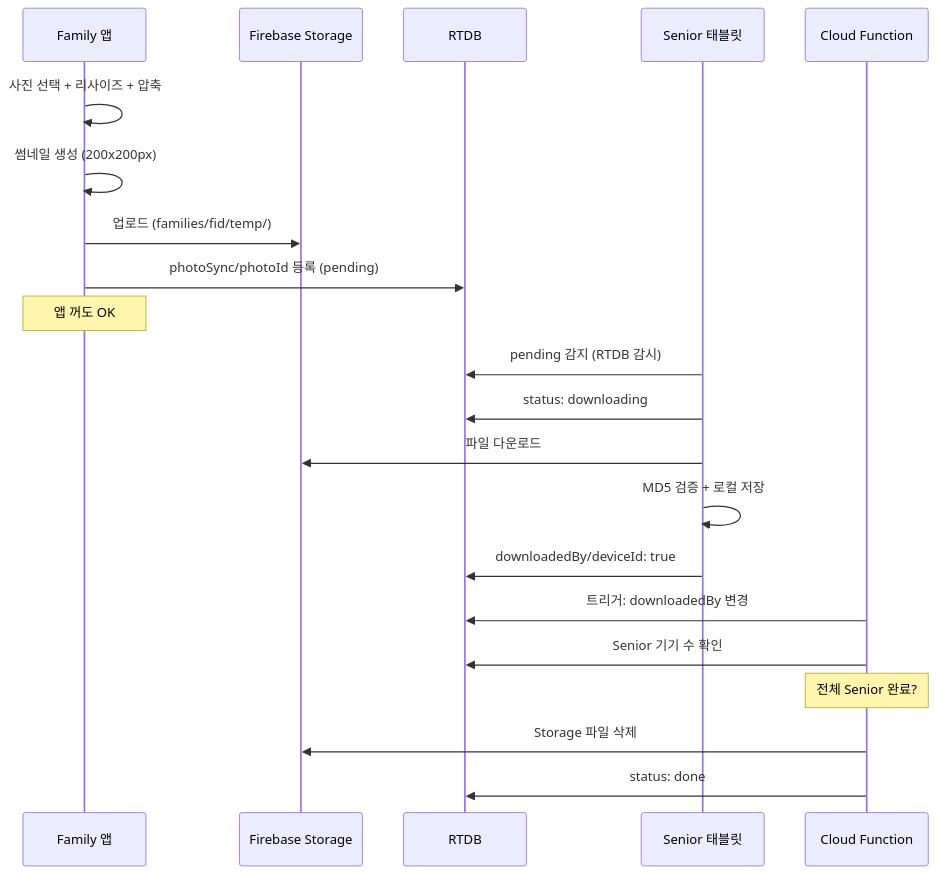
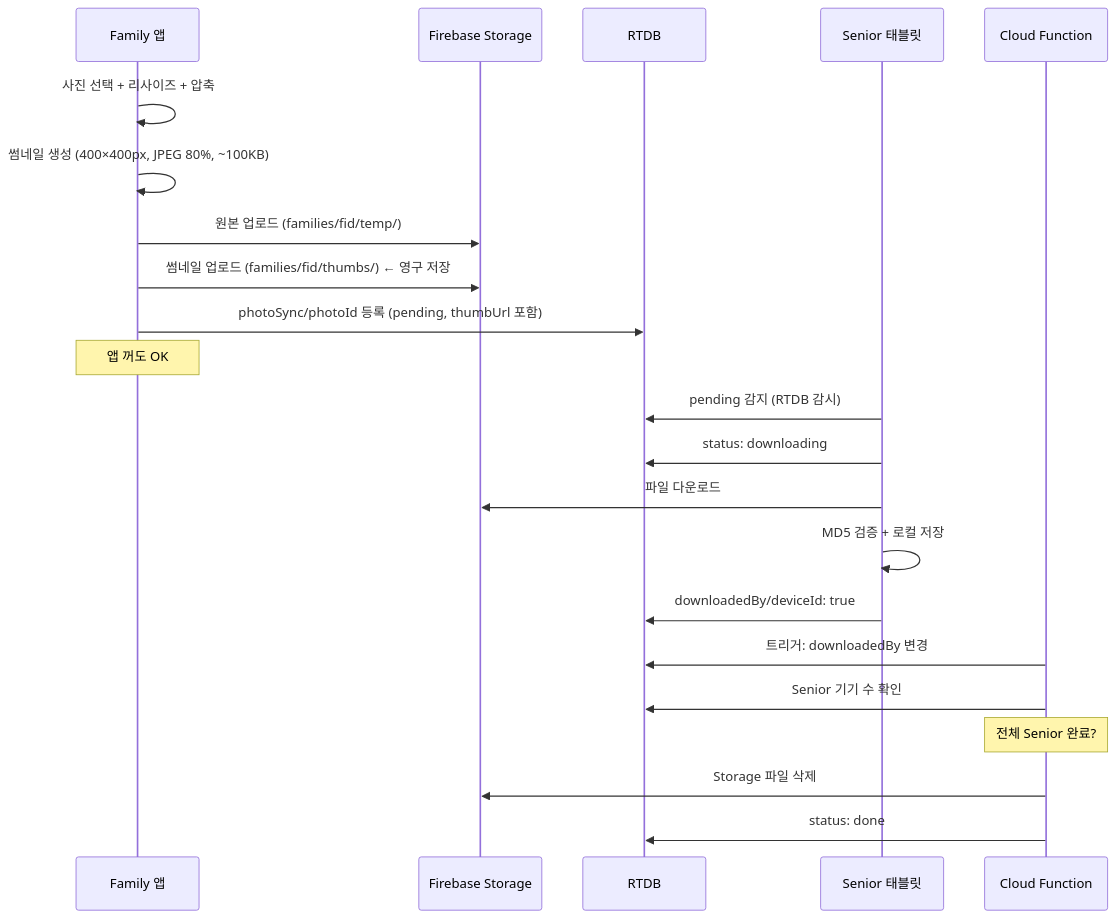
Before and after one commit to HANSOLJJ/senior_care_family: the first of 6 diagrams in docs/datachannel-photo-transfer.md, drawn with Mermaid. The commit also changed other lines of this file and 7 other files, not shown here.

First line of the commit message:
photoSync 비용 최적화: 썸네일 Storage 이전 + onChildAdded 전환

````diff
--- a/docs/datachannel-photo-transfer.md
+++ b/docs/datachannel-photo-transfer.md
@@ -45,26 +45,27 @@
 ```mermaid
 sequenceDiagram
     participant F as Family 앱
     participant S as Firebase Storage
     participant R as RTDB
     participant Sr as Senior 태블릿
     participant CF as Cloud Function
 
     F->>F: 사진 선택 + 리사이즈 + 압축
-    F->>F: 썸네일 생성 (200x200px)
-    F->>S: 업로드 (families/fid/temp/)
-    F->>R: photoSync/photoId 등록 (pending)
+    F->>F: 썸네일 생성 (400×400px, JPEG 80%, ~100KB)
+    F->>S: 원본 업로드 (families/fid/temp/)
+    F->>S: 썸네일 업로드 (families/fid/thumbs/) ← 영구 저장
+    F->>R: photoSync/photoId 등록 (pending, thumbUrl 포함)
     Note over F: 앱 꺼도 OK
 
     Sr->>R: pending 감지 (RTDB 감시)
     Sr->>R: status: downloading
     Sr->>S: 파일 다운로드
     Sr->>Sr: MD5 검증 + 로컬 저장
     Sr->>R: downloadedBy/deviceId: true
 
     CF->>R: 트리거: downloadedBy 변경
     CF->>R: Senior 기기 수 확인
     Note over CF: 전체 Senior 완료?
     CF->>S: Storage 파일 삭제
     CF->>R: status: done
 ```
````
